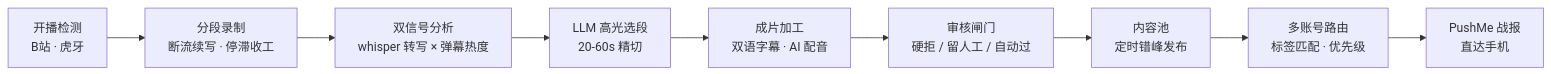
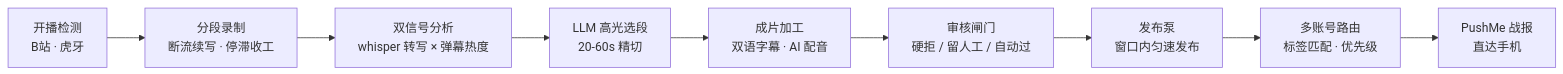
The diagram in README.md (mumuopen/ClipStream), drawn with Mermaid before and after one commit. The commit also changed other lines of this file and 15 other files, not shown here.

````diff
--- a/README.md
+++ b/README.md
@@ -52,11 +52,11 @@
 ```mermaid
 flowchart LR
     A["开播检测<br/>B站 · 虎牙"] --> B["分段录制<br/>断流续写 · 停滞收工"]
     B --> C["双信号分析<br/>whisper 转写 × 弹幕热度"]
     C --> D["LLM 高光选段<br/>20-60s 精切"]
     D --> E["成片加工<br/>双语字幕 · AI 配音"]
     E --> F["审核闸门<br/>硬拒 / 留人工 / 自动过"]
-    F --> G["内容池<br/>定时错峰发布"]
+    F --> G["发布泵<br/>窗口内匀速发布"]
     G --> H["多账号路由<br/>标签匹配 · 优先级"]
     H --> I["PushMe 战报<br/>直达手机"]
 ```
````
